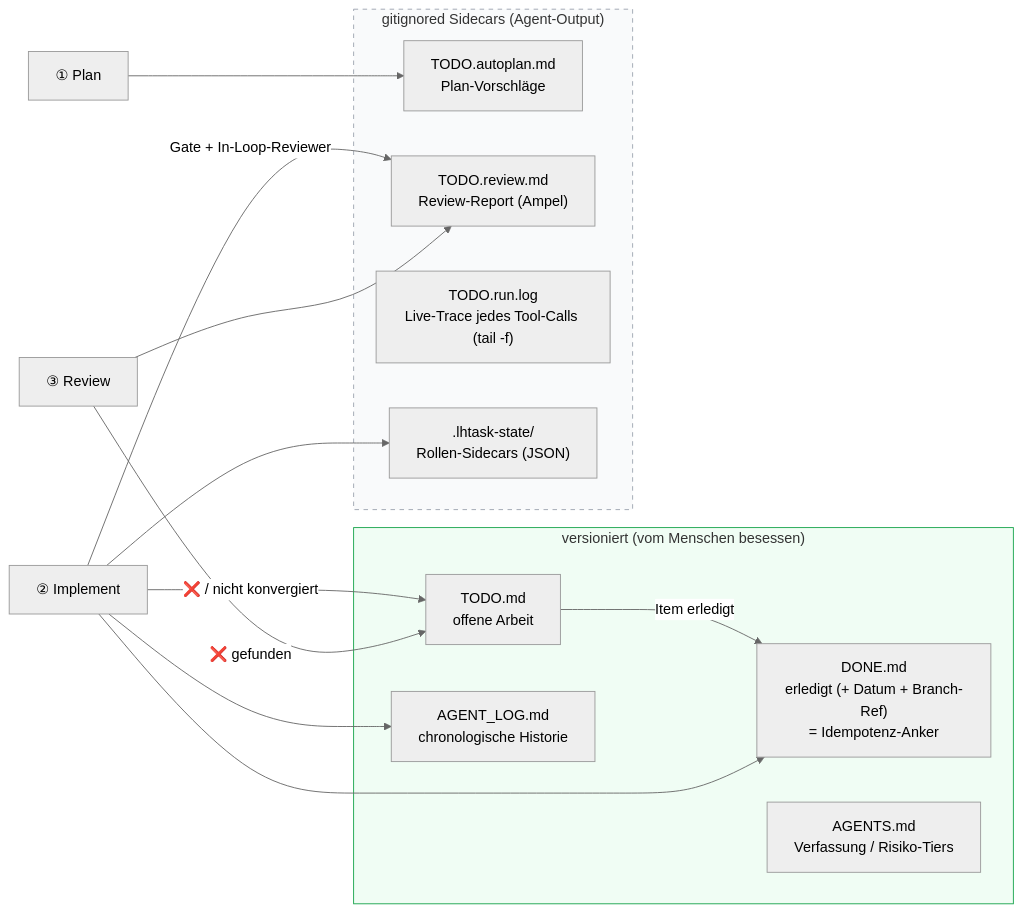
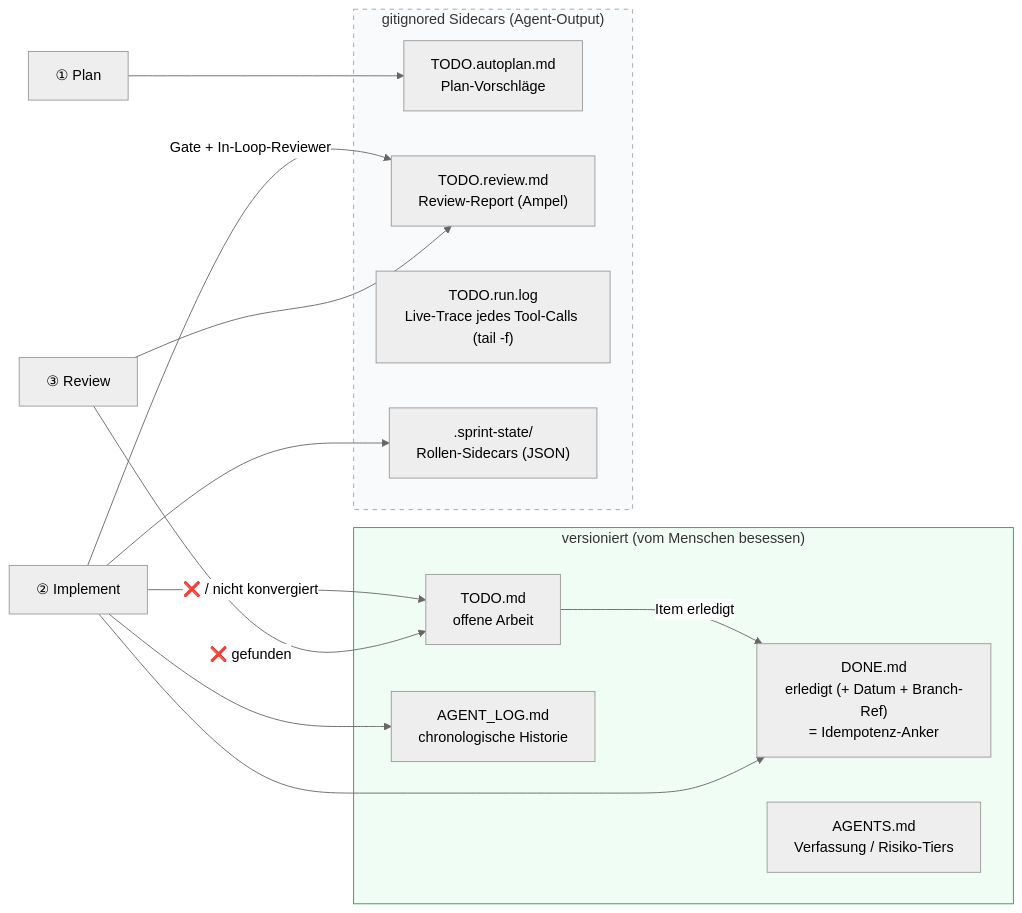
One commit to leonhoffmann86/team-sprint changed the seventh of 12 diagrams in ARCHITECTURE.md. Above: the diagram before and after it, drawn with Mermaid (neutral theme). The commit also changed other lines of this file and 30 other files, not shown here.

First line of the commit message:
rename: LHTask → Sprint (v1.0.0)

````diff
--- a/ARCHITECTURE.md
+++ b/ARCHITECTURE.md
@@ -381,29 +381,29 @@
 ```mermaid
 flowchart LR
     subgraph TRACKED["versioniert (vom Menschen besessen)"]
         TODO["TODO.md<br/>offene Arbeit"]
         DONE["DONE.md<br/>erledigt (+ Datum + Branch-Ref)<br/>= Idempotenz-Anker"]
         LOG["AGENT_LOG.md<br/>chronologische Historie"]
         CONST["AGENTS.md<br/>Verfassung / Risiko-Tiers"]
     end
 
     subgraph SIDECARS["gitignored Sidecars (Agent-Output)"]
         AUTOPLAN["TODO.autoplan.md<br/>Plan-Vorschläge"]
         REVIEW["TODO.review.md<br/>Review-Report (Ampel)"]
         RUNLOG["TODO.run.log<br/>Live-Trace jedes Tool-Calls (tail -f)"]
-        STATE[".lhtask-state/<br/>Rollen-Sidecars (JSON)"]
+        STATE[".sprint-state/<br/>Rollen-Sidecars (JSON)"]
     end
 
     TODO -- "Item erledigt" --> DONE
     PLAN_S["① Plan"] --> AUTOPLAN
     IMPL_S["② Implement"] --> DONE
     IMPL_S --> LOG
     IMPL_S --> STATE
     IMPL_S -- "Gate + In-Loop-Reviewer" --> REVIEW
     IMPL_S -- "❌ / nicht konvergiert" --> TODO
     REV_S["③ Review"] --> REVIEW
     REV_S -- "❌ gefunden" --> TODO
 
     style SIDECARS fill:#f9fafb,stroke:#9ca3af,stroke-dasharray: 5 5
     style TRACKED fill:#f0fdf4,stroke:#16a34a
 ```
````
